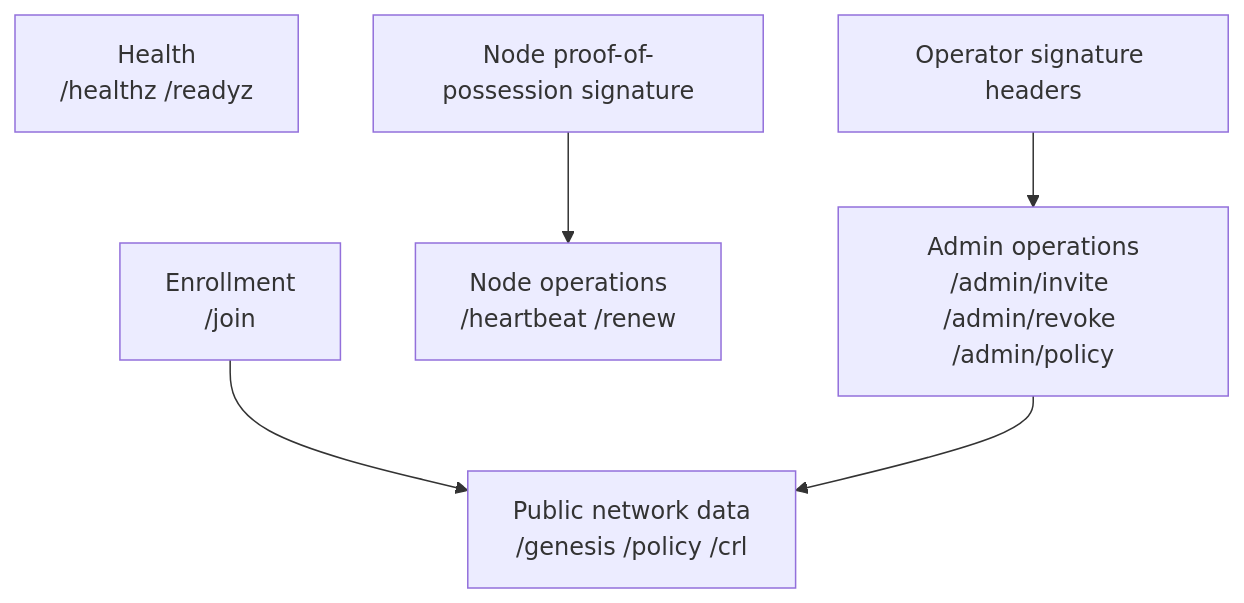
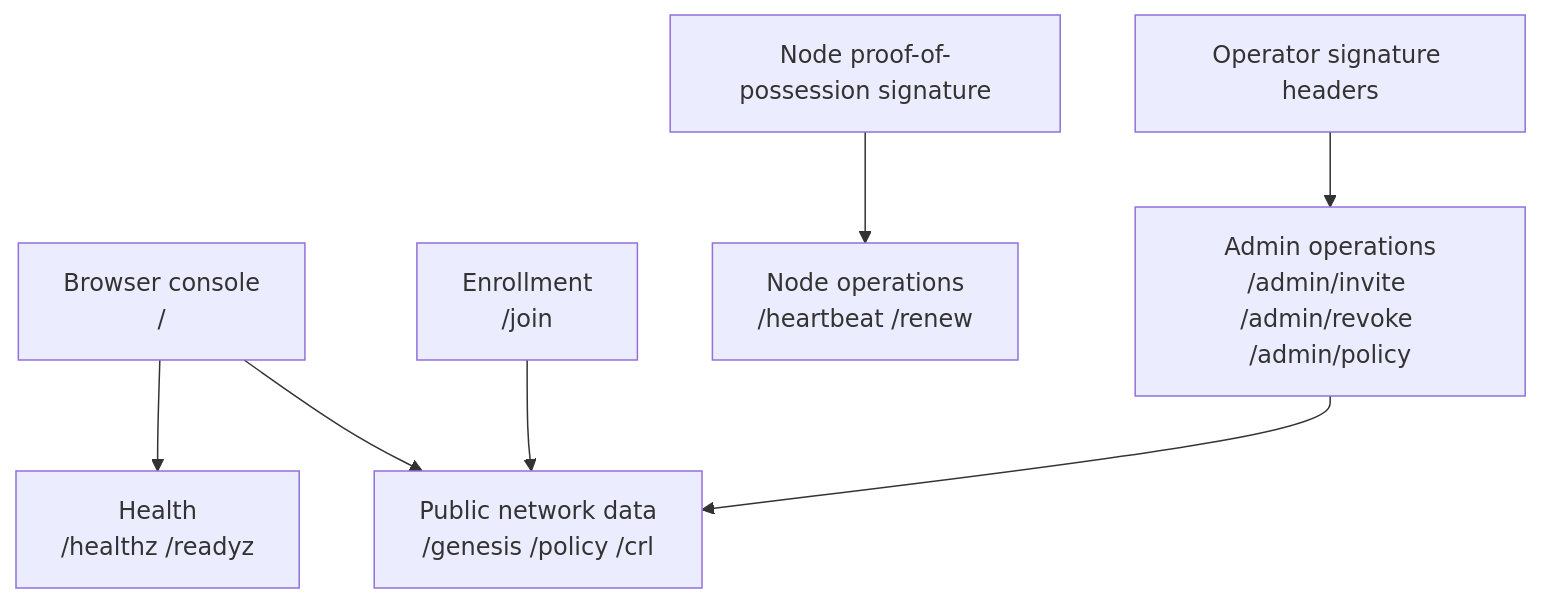
Before and after one commit to GenesisMeshLabs/genesismesh: the diagram in docs/reference/network-authority-api.md, drawn with Mermaid. The commit also changed other lines of this file and 31 other files, not shown here.

````diff
--- a/docs/reference/network-authority-api.md
+++ b/docs/reference/network-authority-api.md
@@ -6,15 +6,18 @@
 ```{mermaid}
 flowchart TB
+    home["Browser console\n/"]
     health["Health\n/healthz /readyz"]
     public["Public network data\n/genesis /policy /crl"]
     enrollment["Enrollment\n/join"]
     node_ops["Node operations\n/heartbeat /renew"]
     admin["Admin operations\n/admin/invite /admin/revoke /admin/policy"]
     auth["Operator signature headers"]
     node_sig["Node proof-of-possession signature"]
 
     auth --> admin
     node_sig --> node_ops
+    home --> health
+    home --> public
     enrollment --> public
     admin --> public
 ```
````
